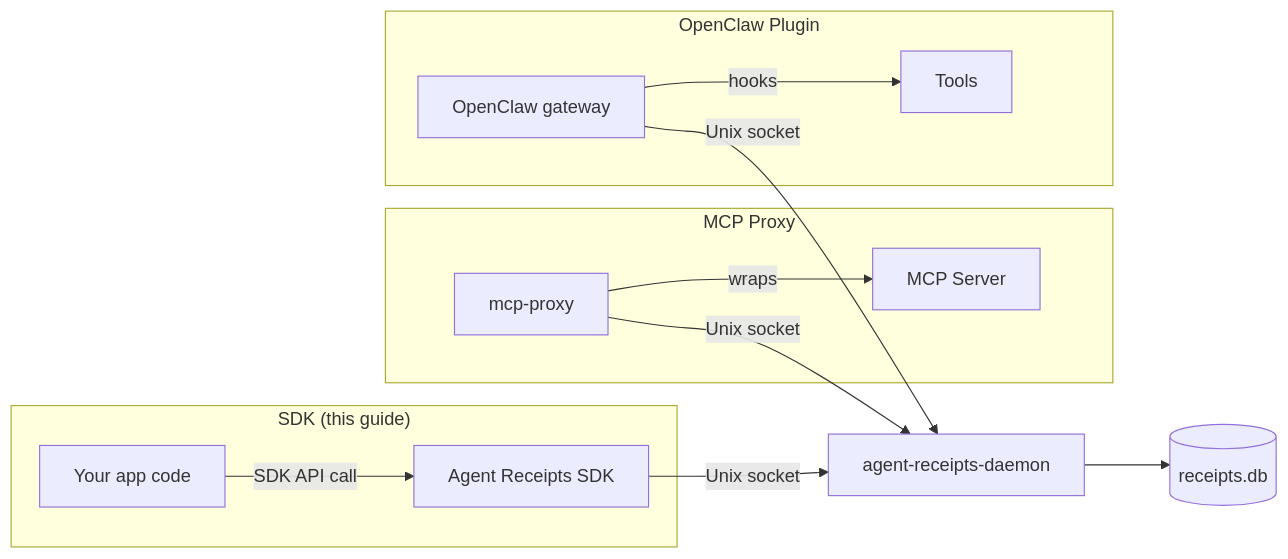
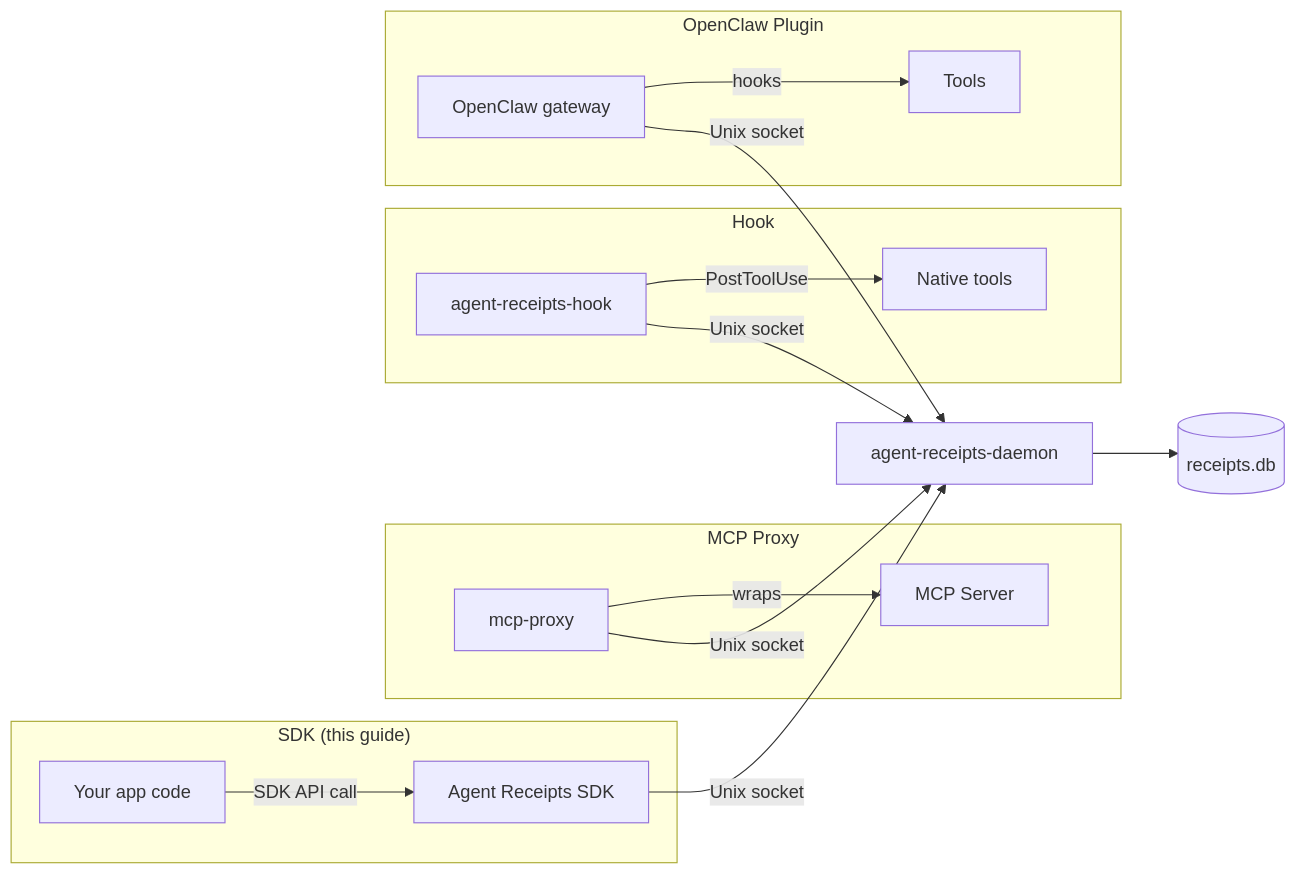
One commit to agent-receipts/ar changed the diagram in site/src/content/docs/getting-started/quick-start.mdx. Above: the diagram before and after it, drawn with Mermaid. The commit also changed other lines of this file and 12 other files, not shown here.

First line of the commit message:
feat(hook): add agent-receipts-hook binary for PostToolUse audit trail

````diff
--- a/site/src/content/docs/getting-started/quick-start.mdx
+++ b/site/src/content/docs/getting-started/quick-start.mdx
@@ -12,14 +12,17 @@
 ```mermaid
 graph LR
   subgraph sdk["SDK (this guide)"]
     A[Your app code] -- "SDK API call" --> S[Agent Receipts SDK]
   end
   subgraph proxy["MCP Proxy"]
     P[mcp-proxy] -- "wraps" --> M[MCP Server]
   end
+  subgraph hook["Hook"]
+    H[agent-receipts-hook] -- "PostToolUse" --> NT[Native tools]
+  end
   subgraph plugin["OpenClaw Plugin"]
     O[OpenClaw gateway] -- "hooks" --> T[Tools]
   end
-  S & P & O -- "Unix socket" --> D[agent-receipts-daemon]
+  S & P & H & O -- "Unix socket" --> D[agent-receipts-daemon]
   D --> DB[(receipts.db)]
 ```
````
